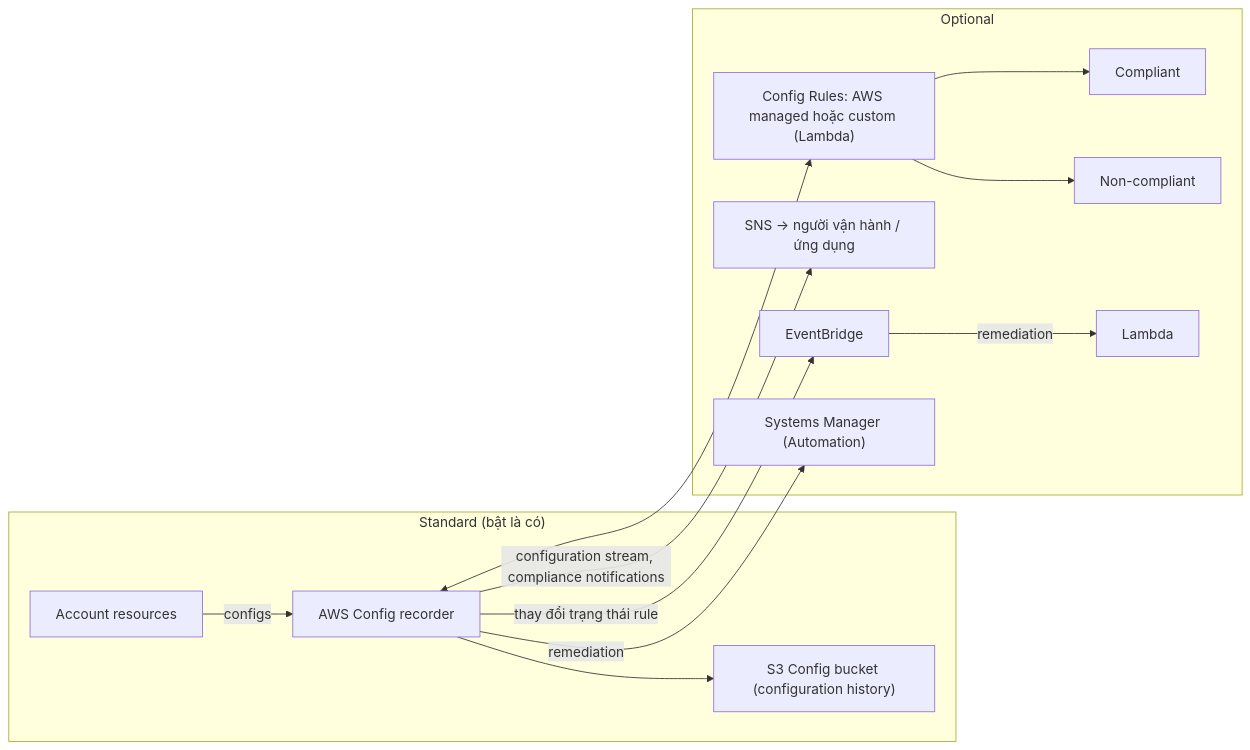
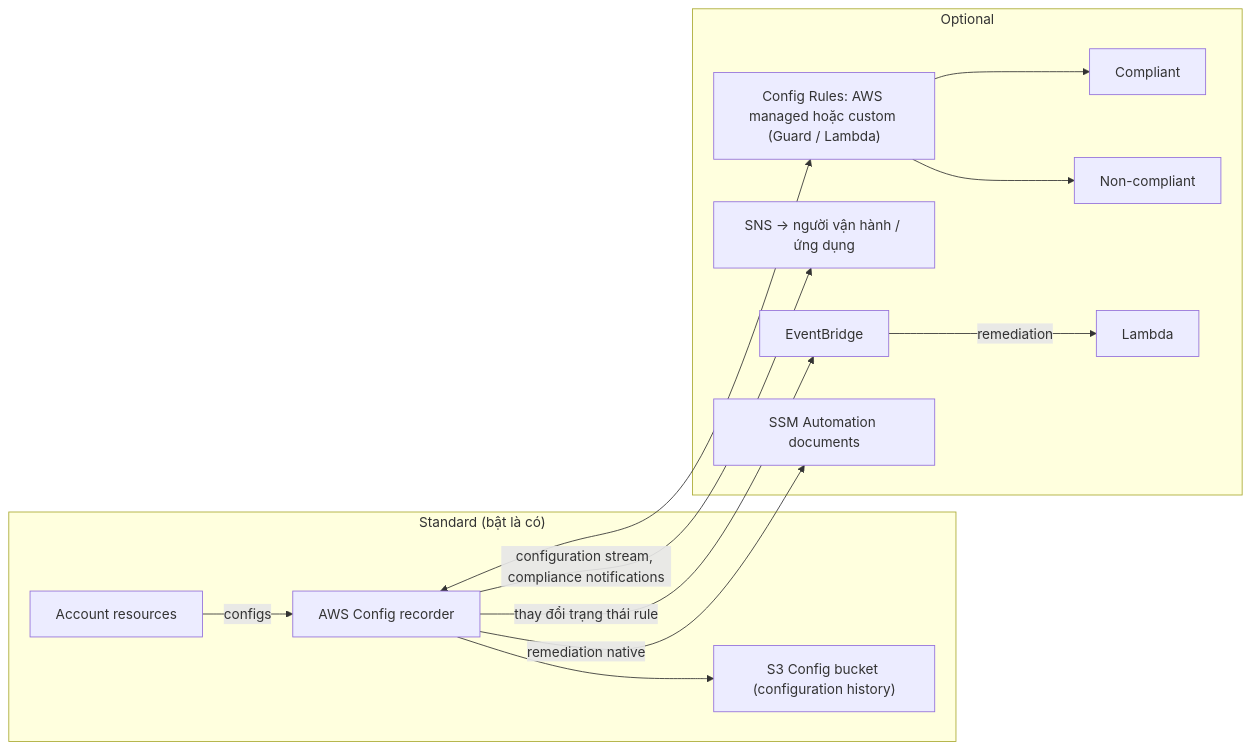
Before and after one commit to hairbui76/aws-saa-c03: the diagram in data/18 Security Deployment and Operations/AWS Config.md, drawn with Mermaid. The commit also changed other lines of this file and 77 other files, not shown here.

````diff
--- a/data/18 Security Deployment and Operations/AWS Config.md
+++ b/data/18 Security Deployment and Operations/AWS Config.md
@@ -29,15 +31,15 @@
 ```mermaid
 flowchart LR
   subgraph STD["Standard (bật là có)"]
     RES["Account resources"] -->|"configs"| CFG["AWS Config recorder"]
     CFG --> B["S3 Config bucket (configuration history)"]
   end
   subgraph OPT["Optional"]
-    CFG <--> RULES["Config Rules: AWS managed hoặc custom (Lambda)"]
+    CFG <--> RULES["Config Rules: AWS managed hoặc custom (Guard / Lambda)"]
     RULES --> C["Compliant"]
     RULES --> NC["Non-compliant"]
     CFG -->|"configuration stream, compliance notifications"| SNS["SNS → người vận hành / ứng dụng"]
     CFG -->|"thay đổi trạng thái rule"| EB["EventBridge"] -->|"remediation"| L["Lambda"]
-    CFG -->|"remediation"| SSM["Systems Manager (Automation)"]
+    CFG -->|"remediation native"| SSM["SSM Automation documents"]
   end
 ```
````
